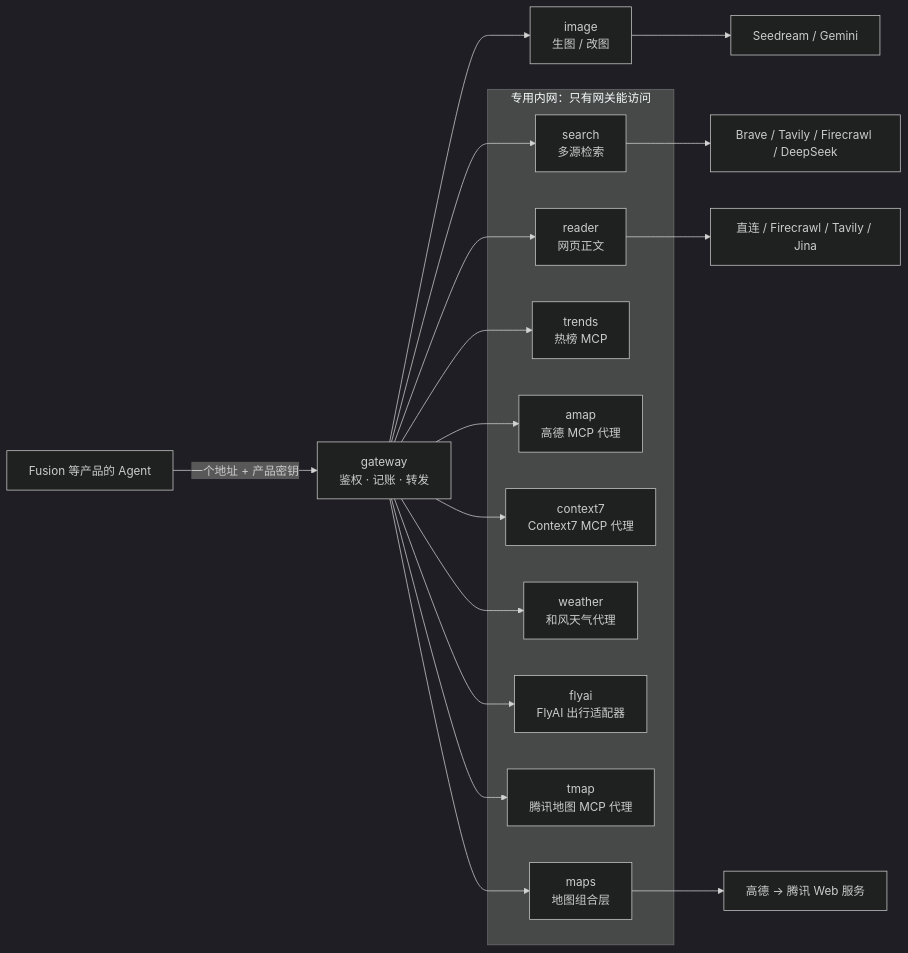
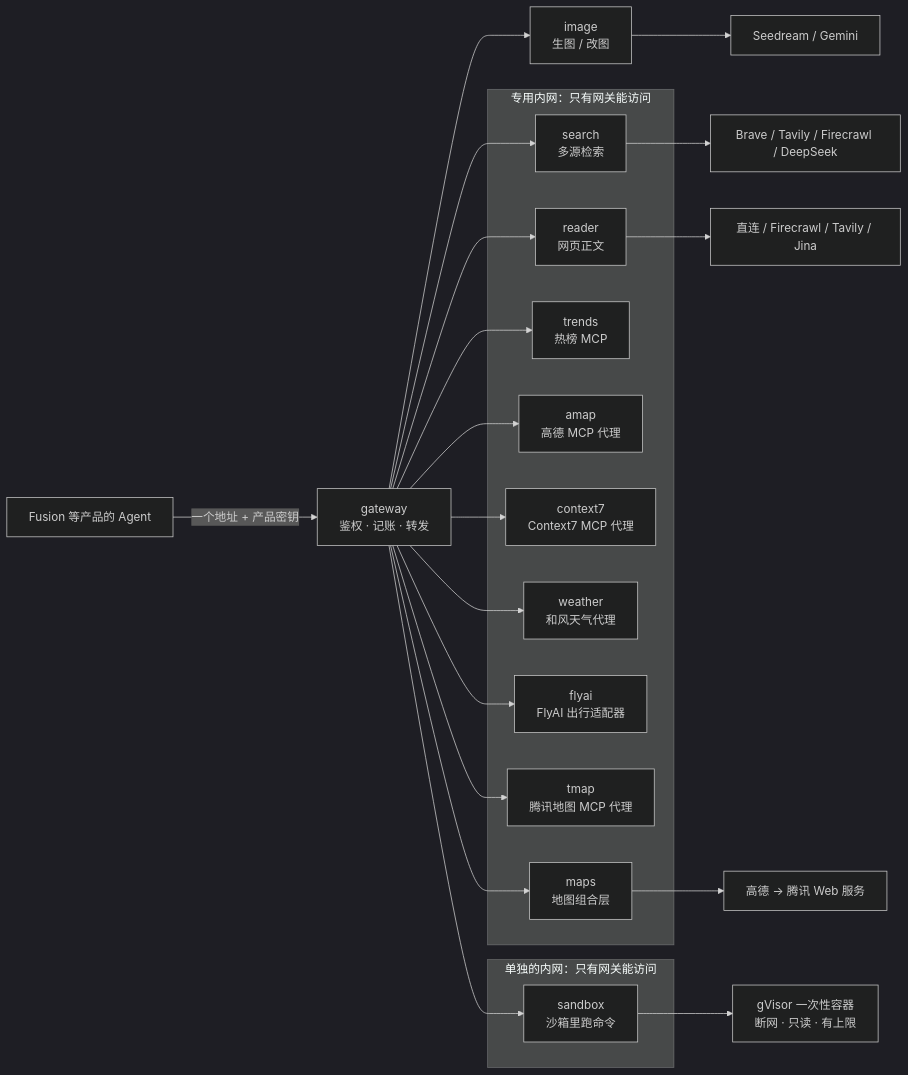
One commit to HyxiaoGe/agent-tools changed the diagram in README.md. Above: the diagram before and after it, drawn with Mermaid (dark theme). The commit also changed other lines of this file and 36 other files, not shown here.

````diff
--- a/README.md
+++ b/README.md
@@ -5,29 +5,34 @@
 ```mermaid
 flowchart LR
     P["Fusion 等产品的 Agent"] -->|"一个地址 + 产品密钥"| G["gateway<br/>鉴权 · 记账 · 转发"]
     G --> I["image<br/>生图 / 改图"]
     subgraph internal["专用内网：只有网关能访问"]
         S["search<br/>多源检索"]
         R["reader<br/>网页正文"]
         T["trends<br/>热榜 MCP"]
         A["amap<br/>高德 MCP 代理"]
         C["context7<br/>Context7 MCP 代理"]
         W["weather<br/>和风天气代理"]
         F["flyai<br/>FlyAI 出行适配器"]
         M["tmap<br/>腾讯地图 MCP 代理"]
         MP["maps<br/>地图组合层"]
     end
+    subgraph sandboxnet["单独的内网：只有网关能访问"]
+        SB["sandbox<br/>沙箱里跑命令"]
+    end
     G --> S
     G --> R
     G --> T
     G --> A
     G --> C
     G --> W
     G --> F
     G --> M
     G --> MP
+    G --> SB
     I --> IP["Seedream / Gemini"]
     S --> SP["Brave / Tavily / Firecrawl / DeepSeek"]
     R --> RP["直连 / Firecrawl / Tavily / Jina"]
     MP --> MPP["高德 → 腾讯 Web 服务"]
+    SB --> SBP["gVisor 一次性容器<br/>断网 · 只读 · 有上限"]
 ```
````
